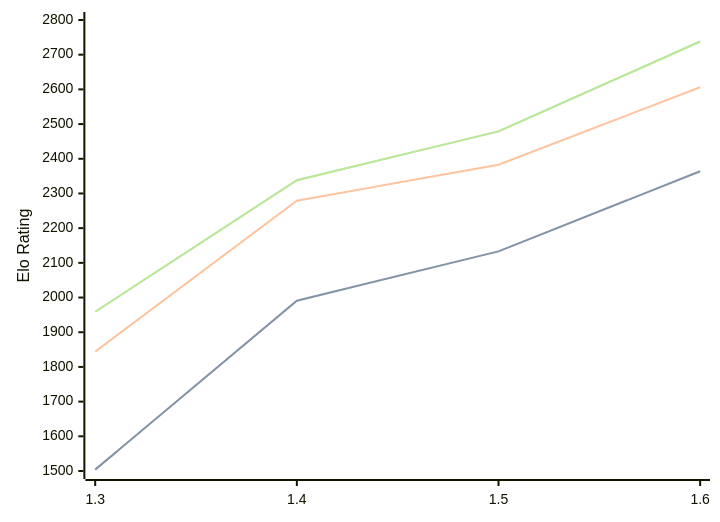
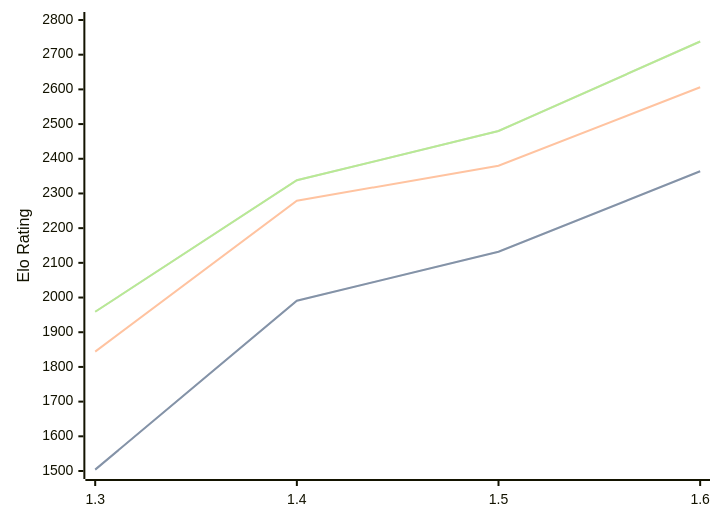
Before and after one commit to computer-chess-index/cci: the diagram in engines/Facon.md, drawn with Mermaid. The commit also changed other lines of this file, not shown here.

Commit message:
Update CCI Ratings (ELO VLTC) - 2026-07-22

````diff
--- a/engines/Facon.md
+++ b/engines/Facon.md
@@ -37,11 +37,11 @@
 ```mermaid
 %%{init: {"theme":"base","themeVariables":{"seriesColors:['#a3a3a3','#222221','#faa371']}}}%%
 xychart-beta
   x-axis ["1.3", "1.4", "1.5", "1.6"]
   y-axis "Elo Rating" 1500 --> 2800
-  line "STC (8.0+0.08s)" [1504, 1991, 2133, 2364]
-  line "STC (8.0+0.08s)" [1504, 1991, 2133, 2364]
-  line "LTC (60.0+0.60s)" [1844, 2279, 2383, 2606]
-  line "VLTC (2m24s+1.12s)" [1959, 2338, 2479, 2738]
-  line "VLTC (2m24s+1.12s)" [1959, 2338, 2479, 2738]
+  line "STC (8.0+0.08s)" [1504, 1991, 2132, 2364]
+  line "STC (8.0+0.08s)" [1504, 1991, 2132, 2364]
+  line "LTC (60.0+0.60s)" [1844, 2279, 2380, 2606]
+  line "VLTC (2m24s+1.12s)" [1959, 2338, 2480, 2738]
+  line "VLTC (2m24s+1.12s)" [1959, 2338, 2480, 2738]
 ```
````
